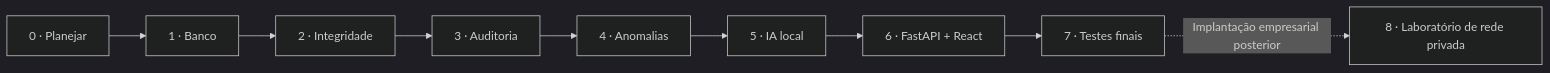
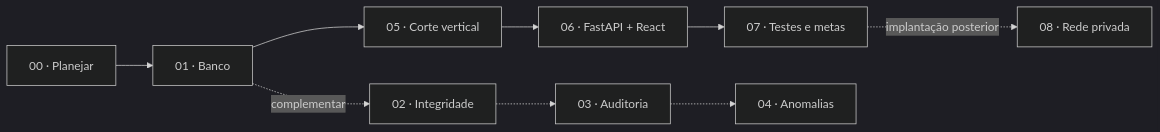
One commit to lianeheidemann/ai-privileged-access changed the diagram in docs/README.md. Above: the diagram before and after it, drawn with Mermaid (dark theme). The commit also changed other lines of this file and 15 other files, not shown here.

````diff
--- a/docs/README.md
+++ b/docs/README.md
@@ -11,11 +13,9 @@
 ```mermaid
 flowchart LR
-    A["0 · Planejar"] --> B["1 · Banco"]
-    B --> C["2 · Integridade"]
-    C --> D["3 · Auditoria"]
-    D --> E["4 · Anomalias"]
-    E --> F["5 · IA local"]
-    F --> G["6 · FastAPI + React"]
-    G --> H["7 · Testes finais"]
-    H -. "Implantação empresarial posterior" .-> I["8 · Laboratório de rede privada"]
+    A["00 · Planejar"] --> B["01 · Banco"]
+    B --> C["05 · Corte vertical"]
+    C --> D["06 · FastAPI + React"]
+    D --> E["07 · Testes e metas"]
+    E -. "implantação posterior" .-> F["08 · Rede privada"]
+    B -. "complementar" .-> G["02 · Integridade"] -.-> H["03 · Auditoria"] -.-> I["04 · Anomalias"]
 ```
````
